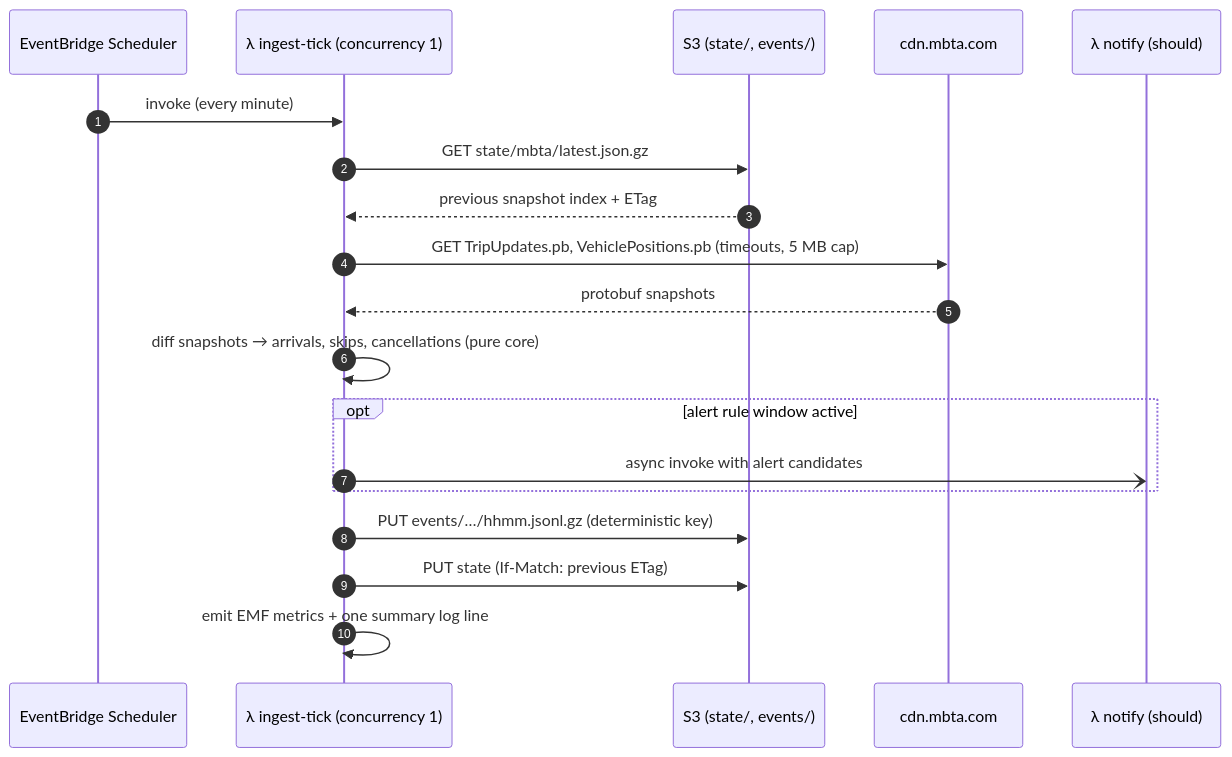
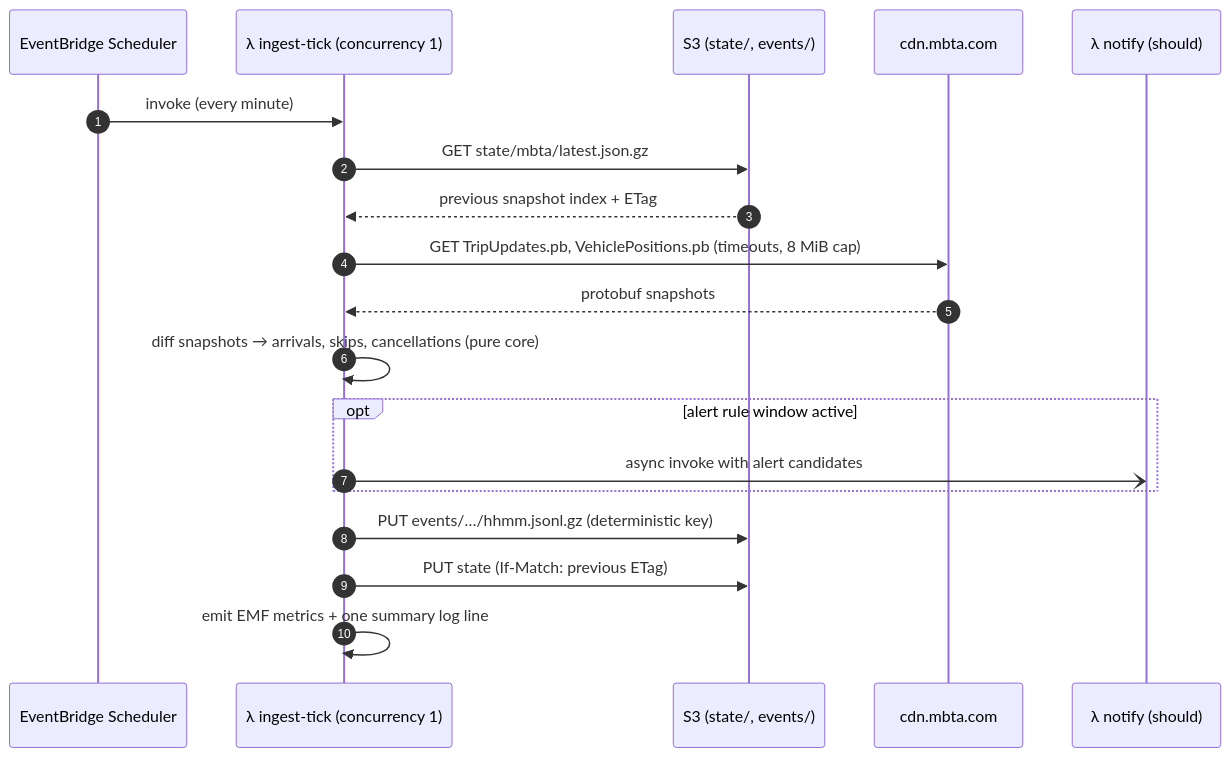
Before and after one commit to Akshar106/stopwatch: the fourth of 4 diagrams in docs/04-architecture.md, drawn with Mermaid. The commit also changed other lines of this file and 7 other files, not shown here.

````diff
--- a/docs/04-architecture.md
+++ b/docs/04-architecture.md
@@ -416,21 +416,21 @@
 ```mermaid
 sequenceDiagram
   autonumber
   participant SCH as EventBridge Scheduler
   participant ING as λ ingest-tick (concurrency 1)
   participant S3 as S3 (state/, events/)
   participant MBTA as cdn.mbta.com
   participant NTF as λ notify (should)
   SCH->>ING: invoke (every minute)
   ING->>S3: GET state/mbta/latest.json.gz
   S3-->>ING: previous snapshot index + ETag
-  ING->>MBTA: GET TripUpdates.pb, VehiclePositions.pb (timeouts, 5 MB cap)
+  ING->>MBTA: GET TripUpdates.pb, VehiclePositions.pb (timeouts, 8 MiB cap)
   MBTA-->>ING: protobuf snapshots
   ING->>ING: diff snapshots → arrivals, skips, cancellations (pure core)
   opt alert rule window active
     ING-)NTF: async invoke with alert candidates
   end
   ING->>S3: PUT events/…/hhmm.jsonl.gz (deterministic key)
   ING->>S3: PUT state (If-Match: previous ETag)
   ING->>ING: emit EMF metrics + one summary log line
 ```
````
